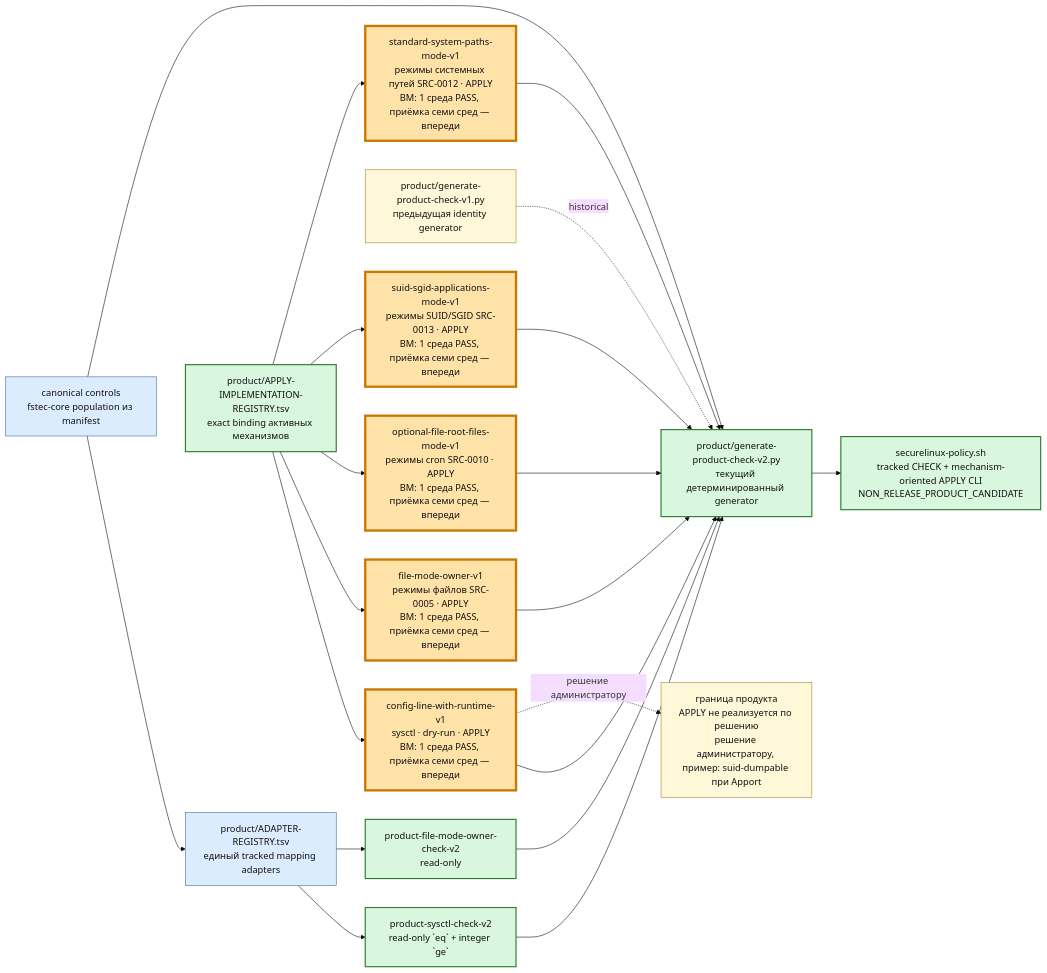
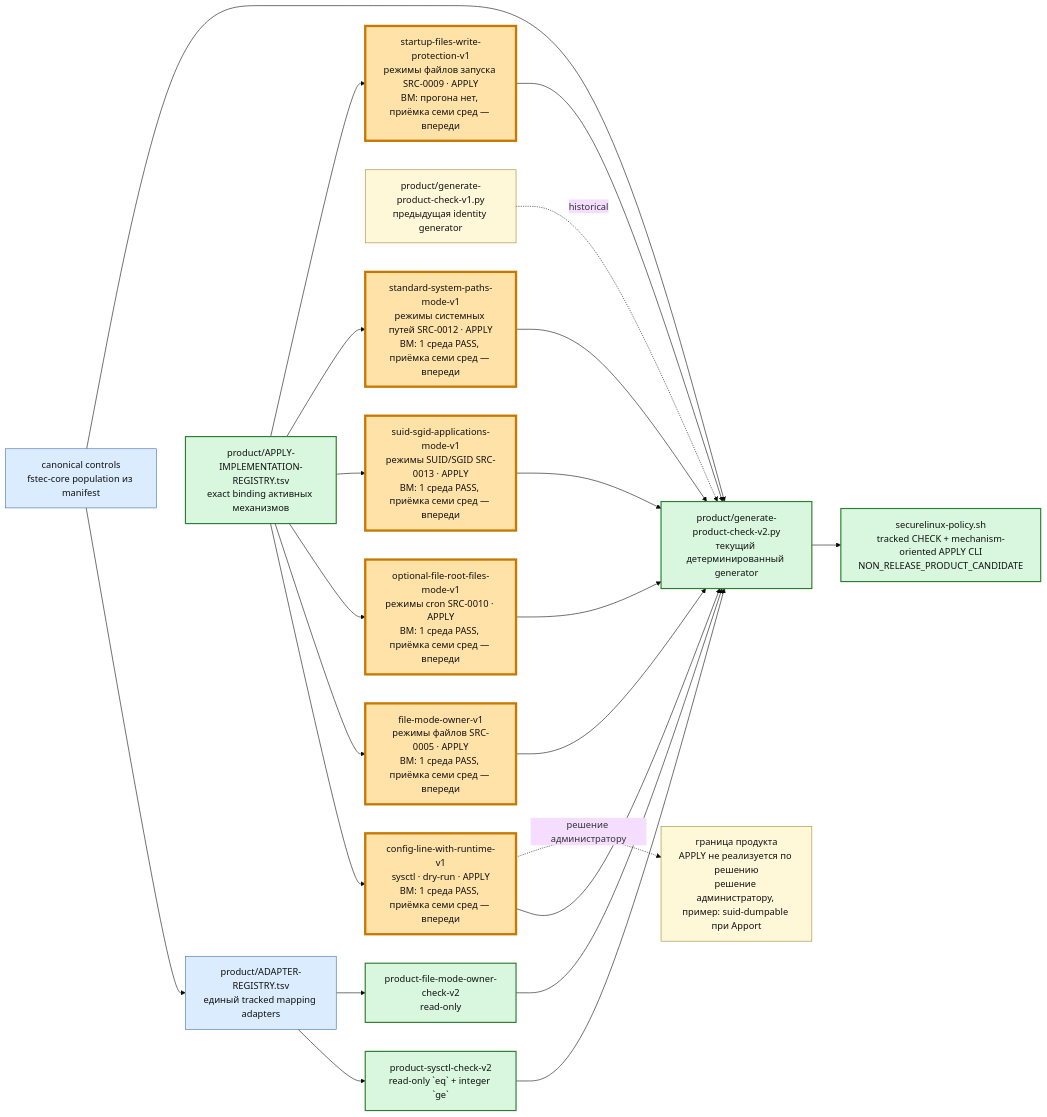
One commit to rasav65/SecureLinux-Policy changed the third of 6 diagrams in docs/PROJECT-MAP.md. Above: the diagram before and after it, drawn with Mermaid (base theme). The commit also changed other lines of this file and 31 other files, not shown here.

First line of the commit message:
product: механизм APPLY startup-files-write-protection-v1 для 2.3.5

````diff
--- a/docs/PROJECT-MAP.md
+++ b/docs/PROJECT-MAP.md
@@ -206,36 +206,38 @@
 ```mermaid
 flowchart LR
     CTRLNOW["canonical controls<br/>fstec-core population из manifest"]:::component
     REG["product/ADAPTER-REGISTRY.tsv<br/>единый tracked mapping adapters"]:::component
     SYS["product-sysctl-check-v2<br/>read-only `eq` + integer `ge`"]:::closed
     FILE["product-file-mode-owner-check-v2<br/>read-only"]:::closed
     GEN1["product/generate-product-check-v1.py<br/>предыдущая identity generator"]:::note
     GEN2["product/generate-product-check-v2.py<br/>текущий детерминированный generator"]:::closed
     IMPLREG["product/APPLY-IMPLEMENTATION-REGISTRY.tsv<br/>exact binding активных механизмов"]:::closed
     APPLY1["config-line-with-runtime-v1<br/>sysctl · dry-run · APPLY<br/>ВМ: 1 среда PASS, приёмка семи сред — впереди"]:::current
     APPLY2["file-mode-owner-v1<br/>режимы файлов SRC-0005 · APPLY<br/>ВМ: 1 среда PASS, приёмка семи сред — впереди"]:::current
     APPLY3["optional-file-root-files-mode-v1<br/>режимы cron SRC-0010 · APPLY<br/>ВМ: 1 среда PASS, приёмка семи сред — впереди"]:::current
     APPLY4["suid-sgid-applications-mode-v1<br/>режимы SUID/SGID SRC-0013 · APPLY<br/>ВМ: 1 среда PASS, приёмка семи сред — впереди"]:::current
     APPLY5["standard-system-paths-mode-v1<br/>режимы системных путей SRC-0012 · APPLY<br/>ВМ: 1 среда PASS, приёмка семи сред — впереди"]:::current
+    APPLY6["startup-files-write-protection-v1<br/>режимы файлов запуска SRC-0009 · APPLY<br/>ВМ: прогона нет, приёмка семи сред — впереди"]:::current
     CLI["securelinux-policy.sh<br/>tracked CHECK + mechanism-oriented APPLY CLI<br/>NON_RELEASE_PRODUCT_CANDIDATE"]:::closed
     ADMIN["граница продукта<br/>APPLY не реализуется по решению<br/>решение администратору, пример: suid-dumpable при Apport"]:::note
 
     CTRLNOW --> REG
     REG --> SYS
     REG --> FILE
     SYS --> GEN2
     FILE --> GEN2
     CTRLNOW --> GEN2 --> CLI
     IMPLREG --> APPLY1 --> GEN2
     IMPLREG --> APPLY2 --> GEN2
     IMPLREG --> APPLY3 --> GEN2
     IMPLREG --> APPLY4 --> GEN2
     IMPLREG --> APPLY5 --> GEN2
+    IMPLREG --> APPLY6 --> GEN2
     APPLY1 -. решение администратору .-> ADMIN
     GEN1 -. historical .-> GEN2
 
     classDef closed fill:#d9f7df,stroke:#2f7d32,color:#111,stroke-width:2px;
     classDef component fill:#dcecff,stroke:#3e6ea8,color:#111;
     classDef current fill:#ffe2a8,stroke:#c77800,color:#111,stroke-width:4px;
     classDef note fill:#fff8d8,stroke:#9d8730,color:#111;
 ```
````
